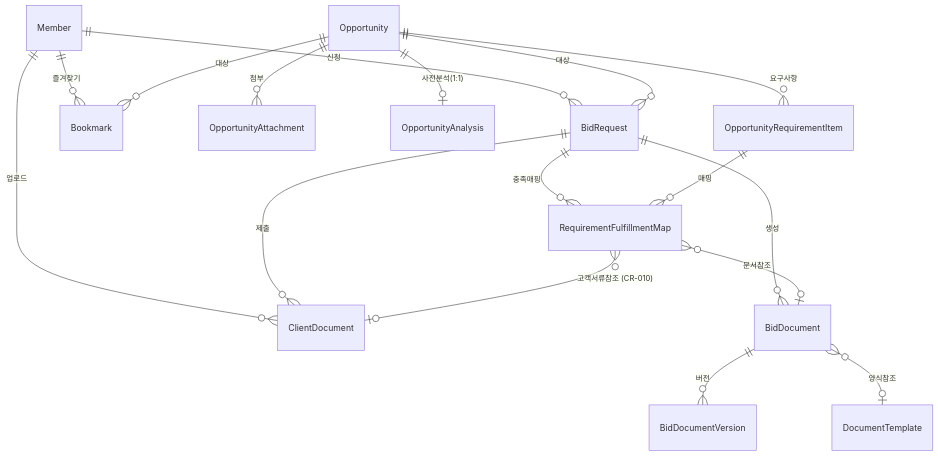
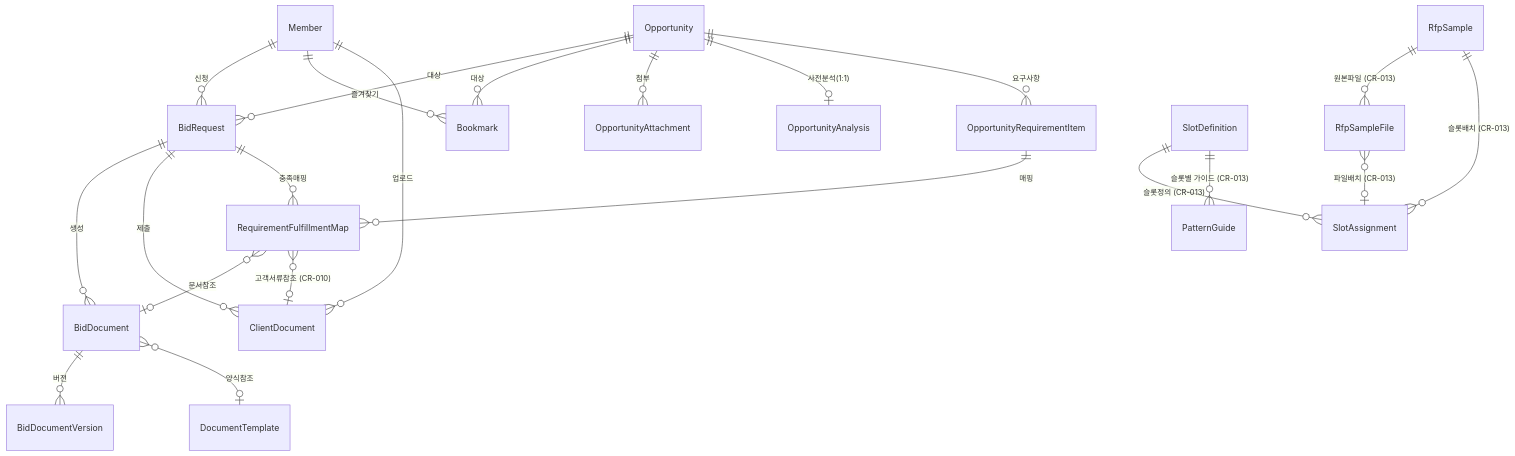
Before and after one commit to johnnykim7/wjbid: the diagram in docs/T3-1_데이터_모델.md, drawn with Mermaid. The commit also changed other lines of this file and 6 other files, not shown here.

````diff
--- a/docs/T3-1_데이터_모델.md
+++ b/docs/T3-1_데이터_모델.md
@@ -522,24 +673,30 @@
 ```mermaid
 erDiagram
     Member ||--o{ BidRequest : "신청"
     Member ||--o{ Bookmark : "즐겨찾기"
     Member ||--o{ ClientDocument : "업로드"
 
     Opportunity ||--o{ BidRequest : "대상"
     Opportunity ||--o{ Bookmark : "대상"
     Opportunity ||--o{ OpportunityAttachment : "첨부"
     Opportunity ||--o| OpportunityAnalysis : "사전분석(1:1)"
     Opportunity ||--o{ OpportunityRequirementItem : "요구사항"
 
     BidRequest ||--o{ BidDocument : "생성"
     BidRequest ||--o{ ClientDocument : "제출"
     BidRequest ||--o{ RequirementFulfillmentMap : "충족매핑"
 
     BidDocument ||--o{ BidDocumentVersion : "버전"
     BidDocument }o--o| DocumentTemplate : "양식참조"
 
     OpportunityRequirementItem ||--o{ RequirementFulfillmentMap : "매핑"
 
     RequirementFulfillmentMap }o--o| BidDocument : "문서참조"
     RequirementFulfillmentMap }o--o| ClientDocument : "고객서류참조 (CR-010)"
+
+    RfpSample ||--o{ RfpSampleFile : "원본파일 (CR-013)"
+    RfpSample ||--o{ SlotAssignment : "슬롯배치 (CR-013)"
+    SlotDefinition ||--o{ SlotAssignment : "슬롯정의 (CR-013)"
+    SlotDefinition ||--o{ PatternGuide : "슬롯별 가이드 (CR-013)"
+    RfpSampleFile }o--o| SlotAssignment : "파일배치 (CR-013)"
 ```
````
